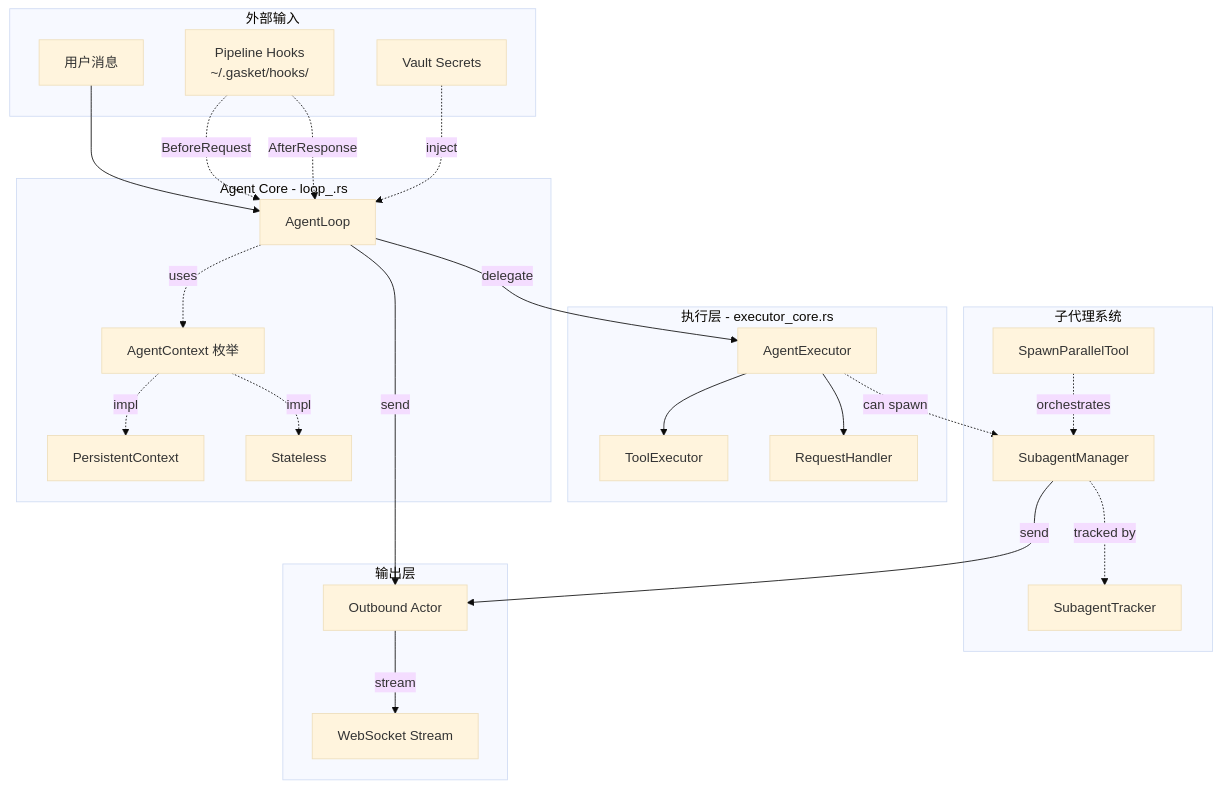
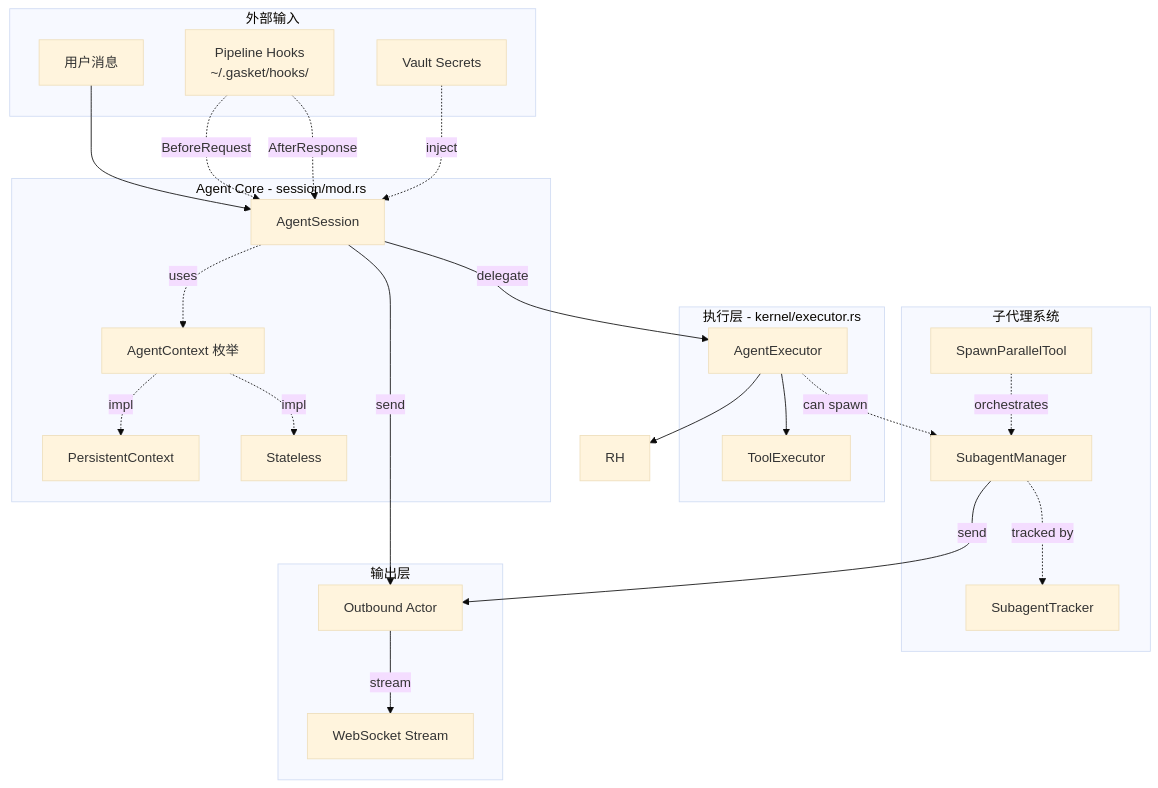
Before and after one commit to yeheng/nanobot-rs: the first of 4 diagrams in docs/agent_flow.md, drawn with Mermaid (base theme). The commit also changed other lines of this file and 12 other files, not shown here.

First line of the commit message:
feat(docs): 重构架构文档以反映 AgentSession 与 Kernel 分离设计

````diff
--- a/docs/agent_flow.md
+++ b/docs/agent_flow.md
@@ -9,53 +9,52 @@
 ```mermaid
 flowchart TB
     subgraph External["外部输入"]
         User[用户消息]
         Hook[Pipeline Hooks<br/>~/.gasket/hooks/]
         Vault[Vault Secrets]
     end
 
-    subgraph AgentCore["Agent Core - loop_.rs"]
-        AL[AgentLoop]
+    subgraph AgentCore["Agent Core - session/mod.rs"]
+        AL[AgentSession]
         AC[AgentContext 枚举]
         PC[PersistentContext]
         SC[Stateless]
     end
 
-    subgraph Execution["执行层 - executor_core.rs"]
+    subgraph Execution["执行层 - kernel/executor.rs"]
         AE[AgentExecutor]
         TE[ToolExecutor]
-        RH[RequestHandler]
     end
 
     subgraph Subagent["子代理系统"]
         SM[SubagentManager]
         ST[SubagentTracker]
         SPT[SpawnParallelTool]
     end
 
     subgraph Output["输出层"]
         OB[Outbound Actor]
         WS[WebSocket Stream]
     end
 
     User --> AL
     Hook -.->|BeforeRequest| AL
     Hook -.->|AfterResponse| AL
     Vault -.->|inject| AL
 
     AL -->|delegate| AE
     AE --> TE
     AE --> RH
 
     AL -.->|uses| AC
     AC -.->|impl| PC
     AC -.->|impl| SC
 
     AE -.->|can spawn| SM
     SM -.->|tracked by| ST
     SPT -.->|orchestrates| SM
 
     AL -->|send| OB
     SM -->|send| OB
     OB -->|stream| WS
 ```
````
